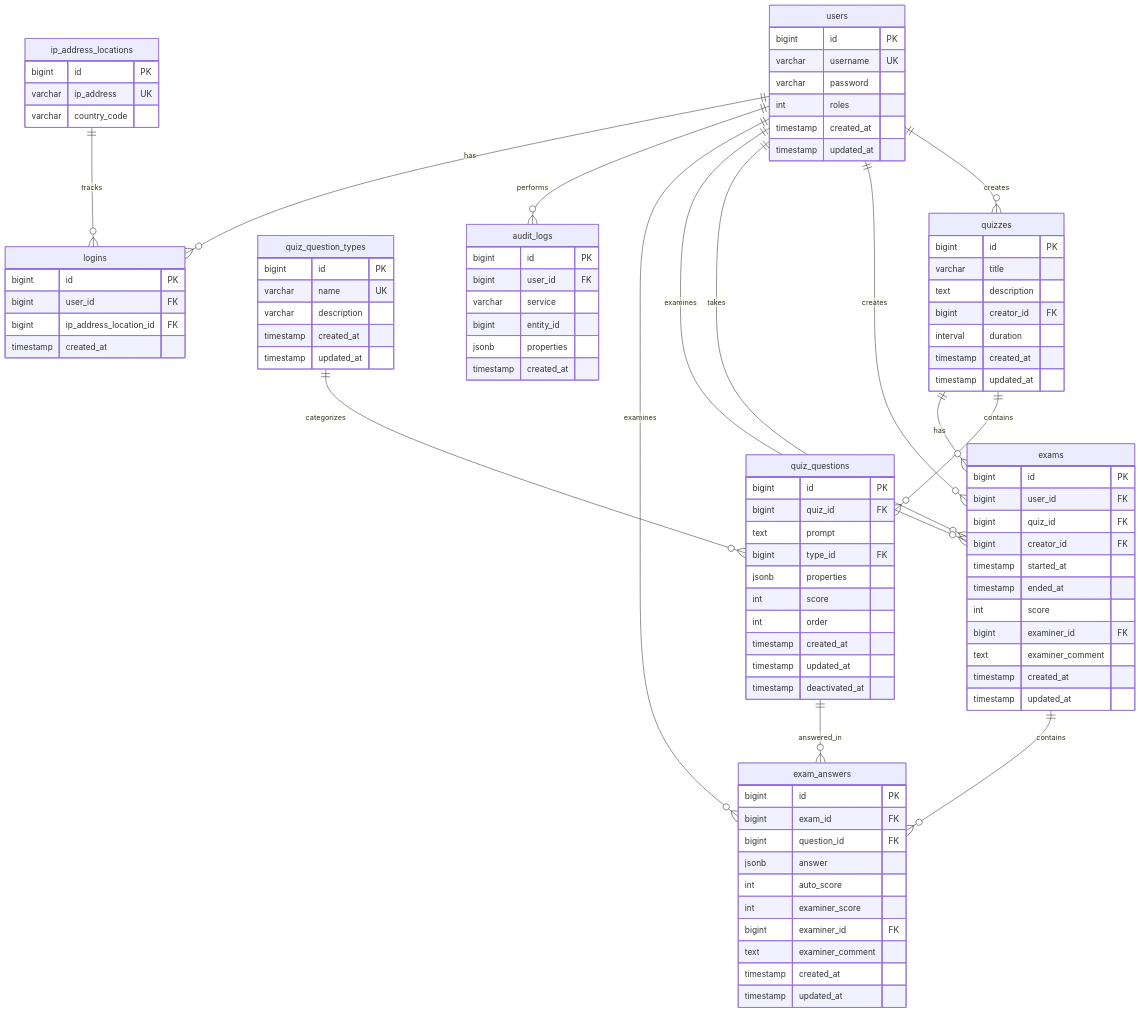
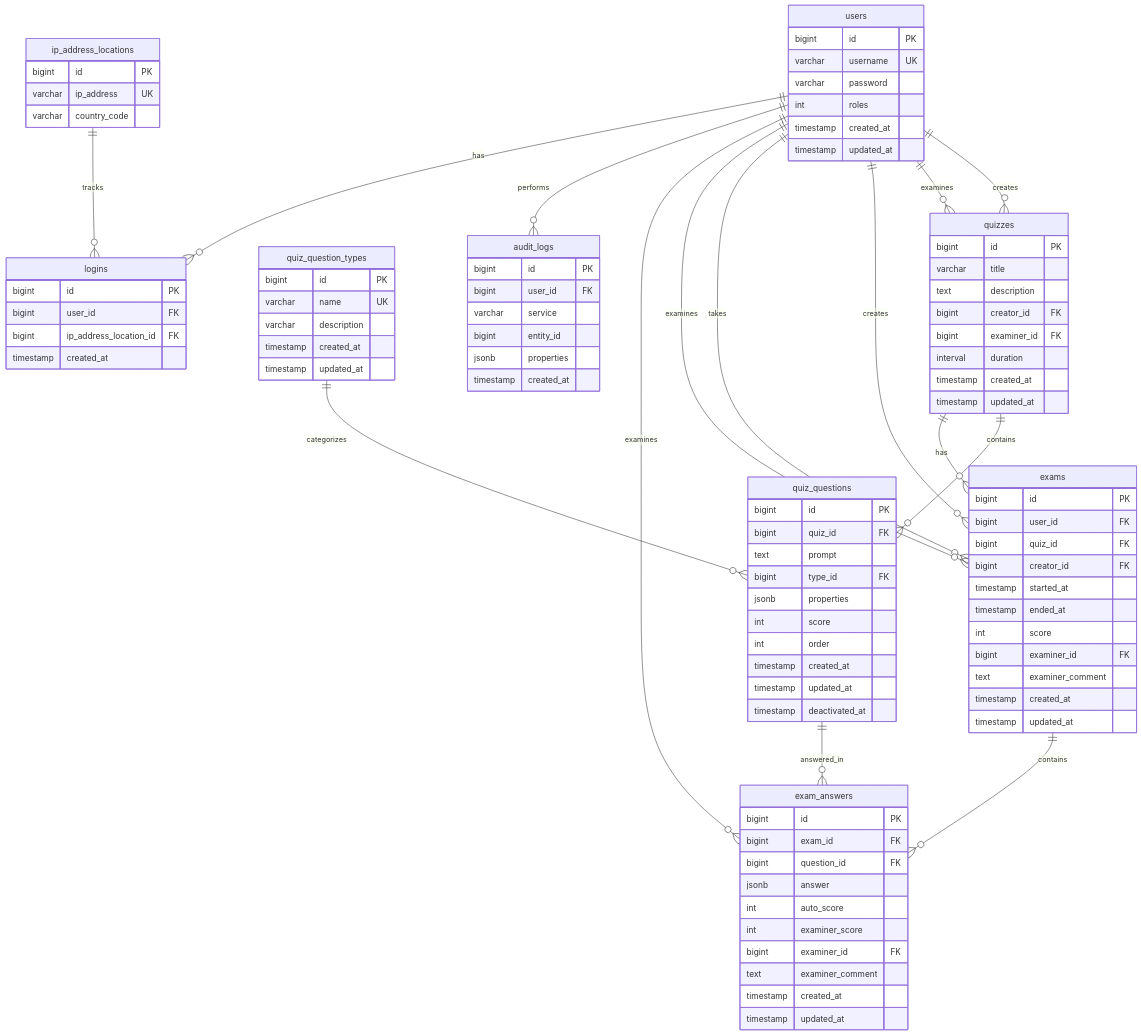
One commit to mykeels/chik changed the diagram in Chik.Exams/src/Data/ERD.md. Above: the diagram before and after it, drawn with Mermaid. The commit also changed other lines of this file and 7 other files, not shown here.

```diff
--- a/Chik.Exams/src/Data/ERD.md
+++ b/Chik.Exams/src/Data/ERD.md
@@ -16,6 +16,7 @@
         varchar title
         text description
         bigint creator_id FK
+        bigint examiner_id FK
         interval duration
         timestamp created_at
         timestamp updated_at
@@ -93,6 +94,7 @@
 
     %% User relationships
     users ||--o{ quizzes : "creates"
+    users ||--o{ quizzes : "examines"
     users ||--o{ exams : "creates"
     users ||--o{ exams : "takes"
     users ||--o{ exams : "examines"
```
